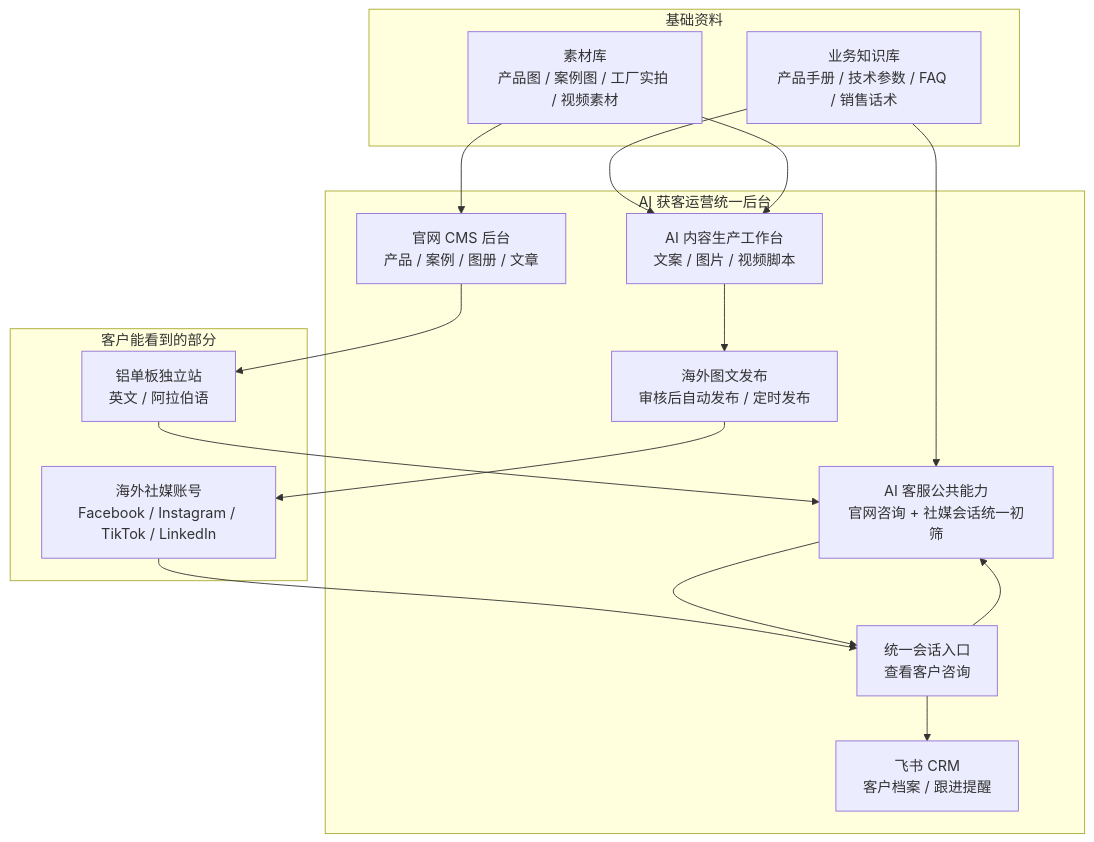
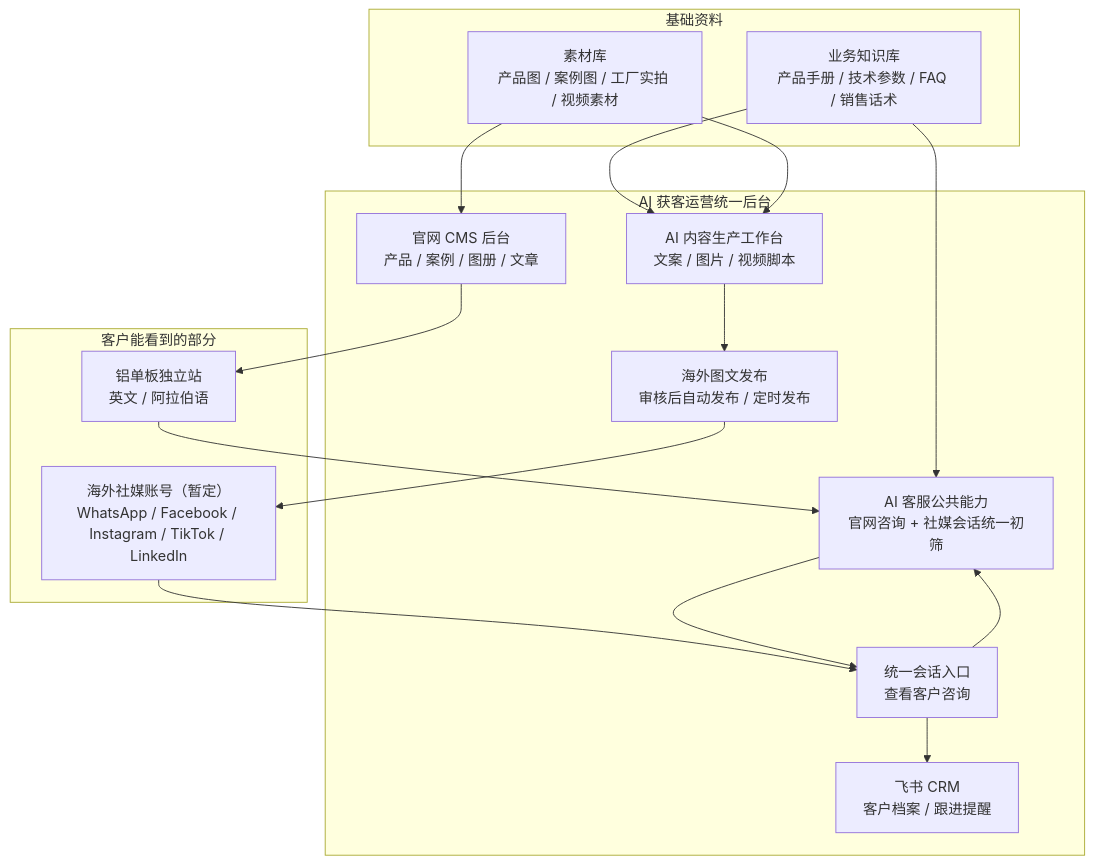
The second of 6 diagrams in docs/requirements/一期需求说明文档.md (jueyunai/ivybm), drawn with Mermaid before and after one commit. The commit also changed other lines of this file and 4 other files, not shown here.

````diff
--- a/docs/requirements/一期需求说明文档.md
+++ b/docs/requirements/一期需求说明文档.md
@@ -70,34 +72,34 @@
 ```mermaid
 flowchart TB
     subgraph C1["客户能看到的部分"]
         W["铝单板独立站<br/>英文 / 阿拉伯语"]
-        S["海外社媒账号<br/>Facebook / Instagram / TikTok / LinkedIn"]
+        S["海外社媒账号（暂定）<br/>WhatsApp / Facebook / Instagram / TikTok / LinkedIn"]
     end
 
     subgraph C2["AI 获客运营统一后台"]
         CMS["官网 CMS 后台<br/>产品 / 案例 / 图册 / 文章"]
         MSG["统一会话入口<br/>查看客户咨询"]
         AIK["AI 客服公共能力<br/>官网咨询 + 社媒会话统一初筛"]
         CONTENT["AI 内容生产工作台<br/>文案 / 图片 / 视频脚本"]
         PUB["海外图文发布<br/>审核后自动发布 / 定时发布"]
         CRM["飞书 CRM<br/>客户档案 / 跟进提醒"]
     end
 
     subgraph C3["基础资料"]
         KB["业务知识库<br/>产品手册 / 技术参数 / FAQ / 销售话术"]
         MATERIAL["素材库<br/>产品图 / 案例图 / 工厂实拍 / 视频素材"]
     end
 
     S --> MSG
     W --> AIK
     MSG --> AIK
     AIK --> MSG
     MSG --> CRM
     CMS --> W
     KB --> AIK
     KB --> CONTENT
     MATERIAL --> CMS
     MATERIAL --> CONTENT
     CONTENT --> PUB
     PUB --> S
 ```
````
